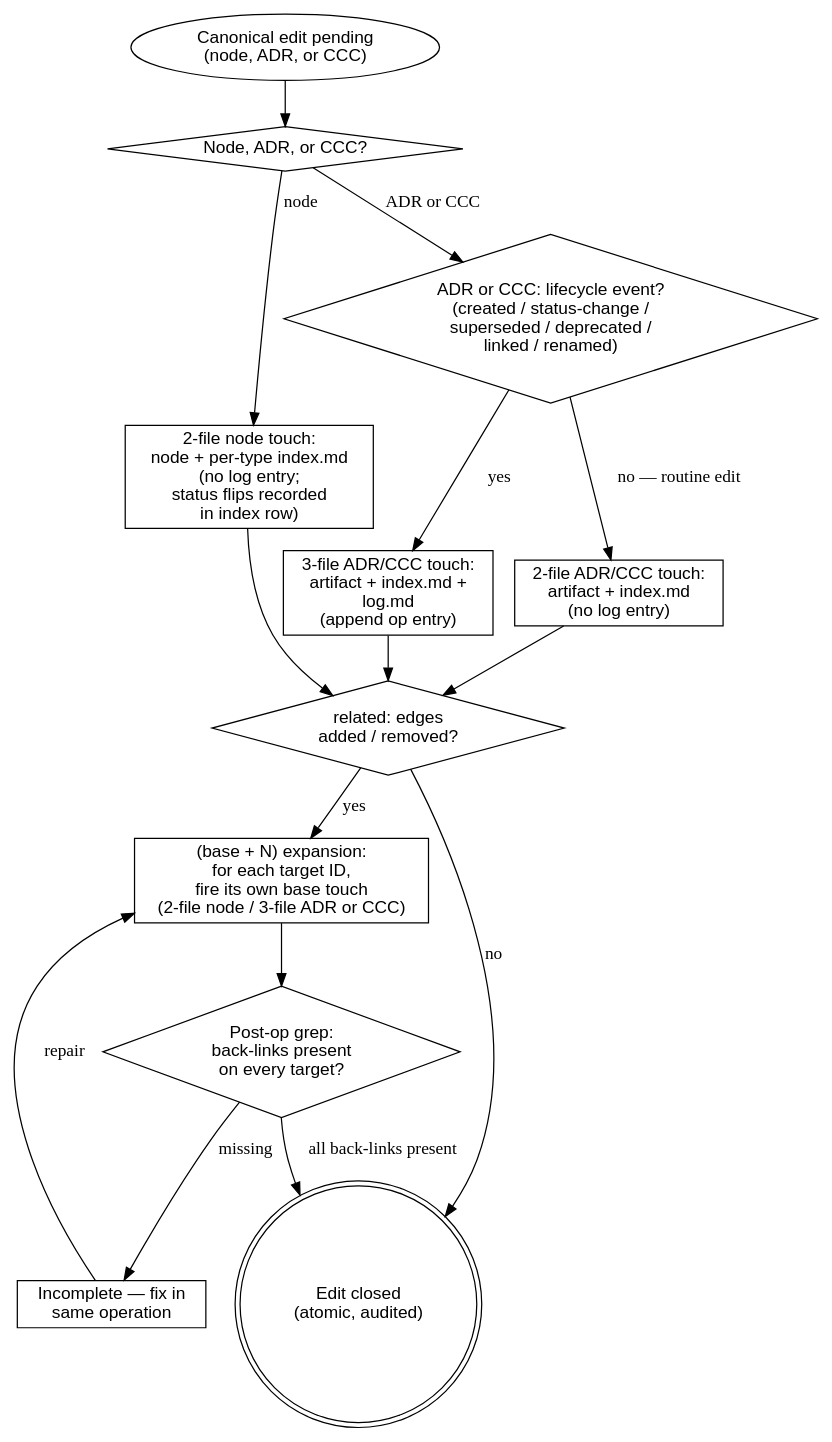
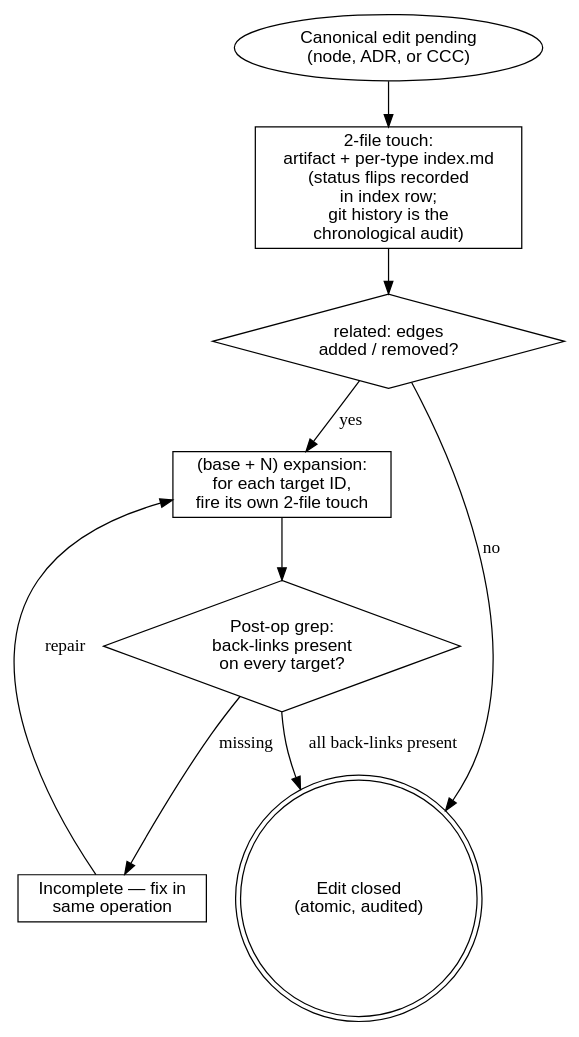
Before and after one commit to thapaliyabikendra/agentic-dev-workspace: the diagram in sdlc/workflow/maintenance-discipline.md, drawn with Graphviz. The commit also changed other lines of this file and 37 other files, not shown here.

````diff
--- a/sdlc/workflow/maintenance-discipline.md
+++ b/sdlc/workflow/maintenance-discipline.md
@@ -73,34 +71,24 @@
 ```dot
 digraph maintenance_touch {
     rankdir=TB;
     node [fontname="Helvetica"];
 
     event     [shape=oval,    label="Canonical edit pending\n(node, ADR, or CCC)"];
-    type      [shape=diamond, label="Node, ADR, or CCC?"];
-    nodebox   [shape=box,     label="2-file node touch:\nnode + per-type index.md\n(no log entry;\nstatus flips recorded\nin index row)"];
-    tier      [shape=diamond, label="ADR or CCC: lifecycle event?\n(created / status-change /\nsuperseded / deprecated /\nlinked / renamed)"];
-    routine   [shape=box,     label="2-file ADR/CCC touch:\nartifact + index.md\n(no log entry)"];
-    lifecyc   [shape=box,     label="3-file ADR/CCC touch:\nartifact + index.md +\nlog.md\n(append op entry)"];
+    base      [shape=box,     label="2-file touch:\nartifact + per-type index.md\n(status flips recorded\nin index row;\ngit history is the\nchronological audit)"];
     related   [shape=diamond, label="related: edges\nadded / removed?"];
-    plusN     [shape=box,     label="(base + N) expansion:\nfor each target ID,\nfire its own base touch\n(2-file node / 3-file ADR or CCC)"];
+    plusN     [shape=box,     label="(base + N) expansion:\nfor each target ID,\nfire its own 2-file touch"];
     gate      [shape=diamond, label="Post-op grep:\nback-links present\non every target?"];
     incomp    [shape=box,     label="Incomplete — fix in\nsame operation"];
 
     done      [shape=doublecircle, label="Edit closed\n(atomic, audited)"];
 
-    event -> type;
-    type -> nodebox  [label="node"];
-    type -> tier     [label="ADR or CCC"];
-    tier -> routine  [label="no — routine edit"];
-    tier -> lifecyc  [label="yes"];
-    nodebox -> related;
-    routine -> related;
-    lifecyc -> related;
+    event -> base;
+    base -> related;
     related -> plusN [label="yes"];
     related -> done  [label="no"];
     plusN -> gate;
     gate -> done     [label="all back-links present"];
     gate -> incomp   [label="missing"];
     incomp -> plusN  [label="repair"];
 }
 ```
````
